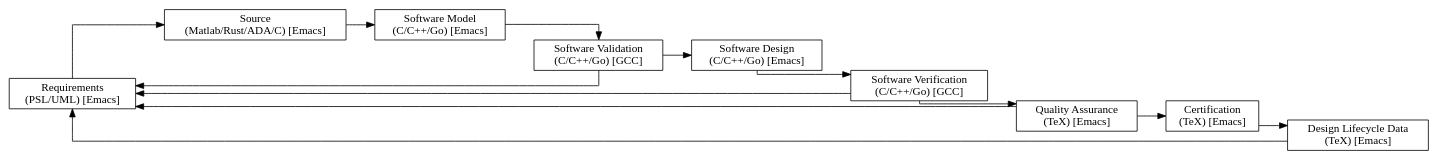
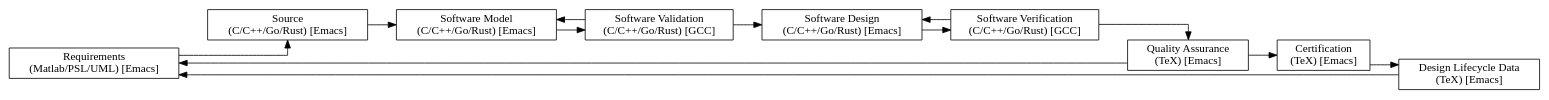
Before and after one commit to PacoReinaCampo/MPSoC-OR1K: the diagram in doc/book/assets/chapter2/software-project.dot, drawn with Graphviz. The commit also changed 338 other files, not shown here.

```diff
--- a/doc/book/assets/chapter2/software-project.dot
+++ b/doc/book/assets/chapter2/software-project.dot
@@ -1,32 +1,32 @@
 digraph Project {
   // Introduction
   graph [rankdir = LR, splines=ortho];
   node[shape=record];
 
   // Blocks
-  Requirements[label="Requirements \n(PSL/UML) [Emacs]"];
-  Source[label="Source \n(Matlab/Rust/ADA/C) [Emacs]"];
-  Model[label="Software Model \n(C/C++/Go) [Emacs]"];
-  Validation[label="Software Validation \n(C/C++/Go) [GCC]"];
-  Design[label="Software Design \n(C/C++/Go) [Emacs]"];
-  Verification[label="Software Verification \n(C/C++/Go) [GCC]"];
+  Requirements[label="Requirements \n(Matlab/PSL/UML) [Emacs]"];
+  Source[label="Source \n(C/C++/Go/Rust) [Emacs]"];
+  Model[label="Software Model \n(C/C++/Go/Rust) [Emacs]"];
+  Validation[label="Software Validation \n(C/C++/Go/Rust) [GCC]"];
+  Design[label="Software Design \n(C/C++/Go/Rust) [Emacs]"];
+  Verification[label="Software Verification \n(C/C++/Go/Rust) [GCC]"];
   Quality[label="Quality Assurance \n(TeX) [Emacs]"];
   Certification[label="Certification \n(TeX) [Emacs]"];
   Lifecycle[label="Design Lifecycle Data \n(TeX) [Emacs]"];
 
   // Sequence
   Requirements -> Source;
   Source -> Model;
   Model -> Validation;
   Validation -> Design;
   Design -> Verification;
   Verification -> Quality;
   Quality -> Certification;
   Certification -> Lifecycle;
   Lifecycle -> Requirements;
 
   // Feedback
-  Validation -> Requirements;
-  Verification -> Requirements;
+  Validation -> Model;
+  Verification -> Design;
   Quality -> Requirements;
 }
```
